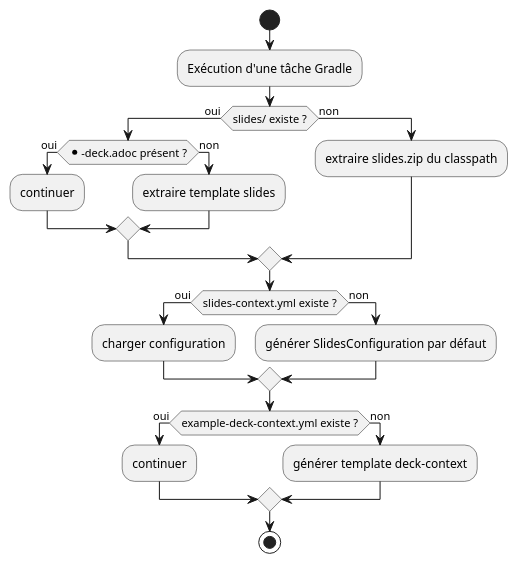
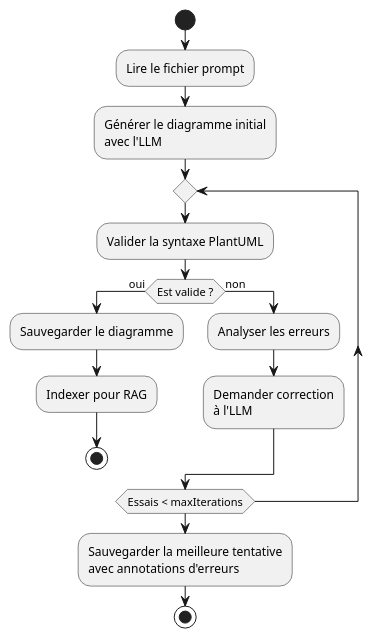
Before and after one commit to cheroliv/plantuml-gradle: the second of 2 diagrams in README_truth_fr.adoc, drawn with PlantUML. The commit also changed other lines of this file and 1 other file, not shown here.

Commit message:
README_truth.adoc

```diff
--- a/README_truth_fr.adoc
+++ b/README_truth_fr.adoc
@@ -258,30 +284,20 @@
-[plantuml]
-----
+[plantuml, target=pipeline-lifecycle, format=svg]
+....
 @startuml
 start
-:Exécution d'une tâche Gradle;
-
-if (slides/ existe ?) then (oui)
-  if (*-deck.adoc présent ?) then (oui)
-    :continuer;
+:Lire le fichier prompt;
+:Générer le diagramme initial\navec l'LLM;
+repeat
+  :Valider la syntaxe PlantUML;
+  if (Est valide ?) then (oui)
+    :Sauvegarder le diagramme;
+    :Indexer pour RAG;
+    stop
   else (non)
-    :extraire template slides;
+    :Analyser les erreurs;
+    :Demander correction\nà l'LLM;
   endif
-else (non)
-  :extraire slides.zip du classpath;
-endif
-
-if (slides-context.yml existe ?) then (oui)
-  :charger configuration;
-else (non)
-  :générer SlidesConfiguration par défaut;
-endif
-
-if (example-deck-context.yml existe ?) then (oui)
-  :continuer;
-else (non)
-  :générer template deck-context;
-endif
+repeat while (Essais < maxIterations)
+:Sauvegarder la meilleure tentative\navec annotations d'erreurs;
 stop
-@enduml
-----
+....
```
